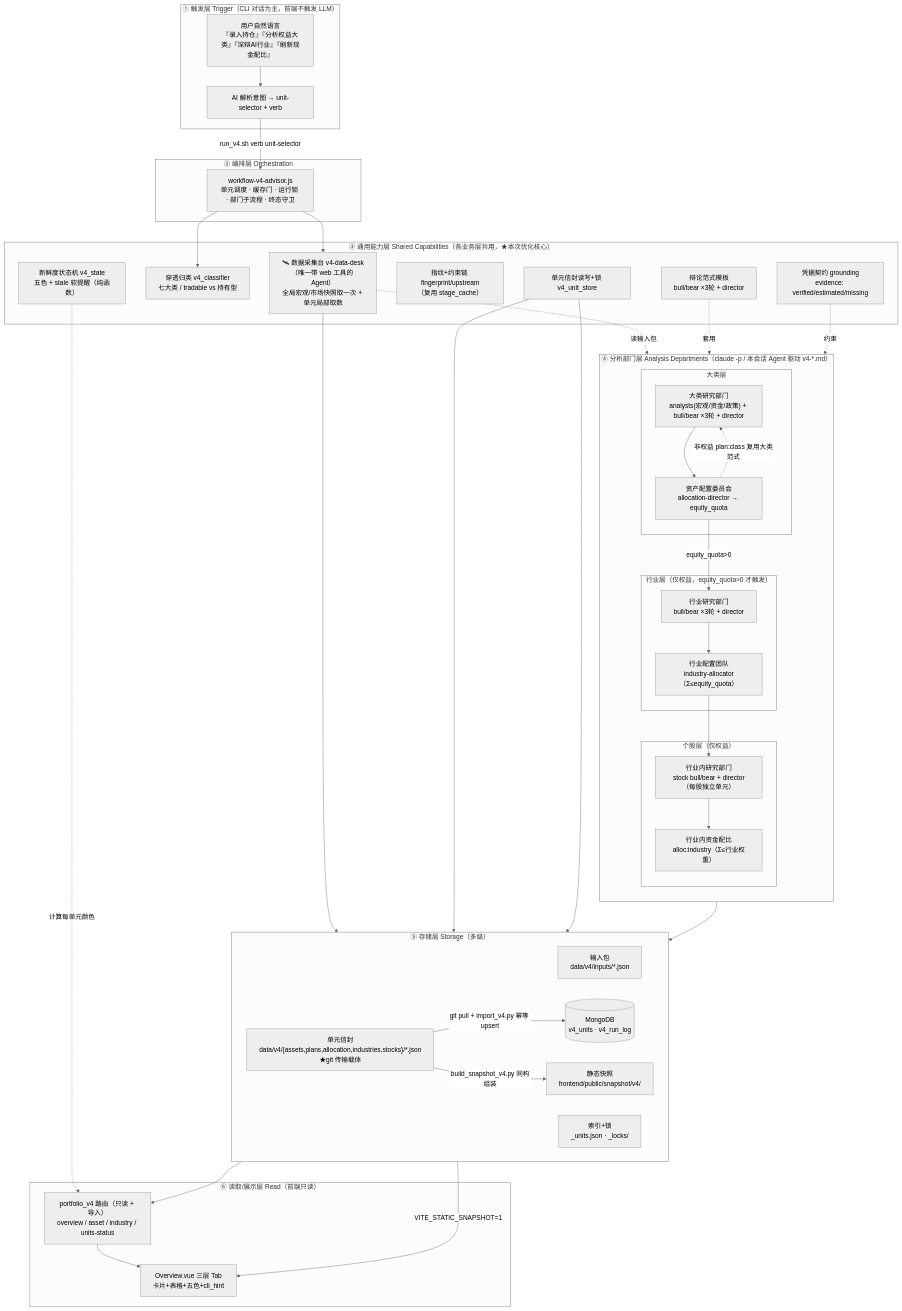
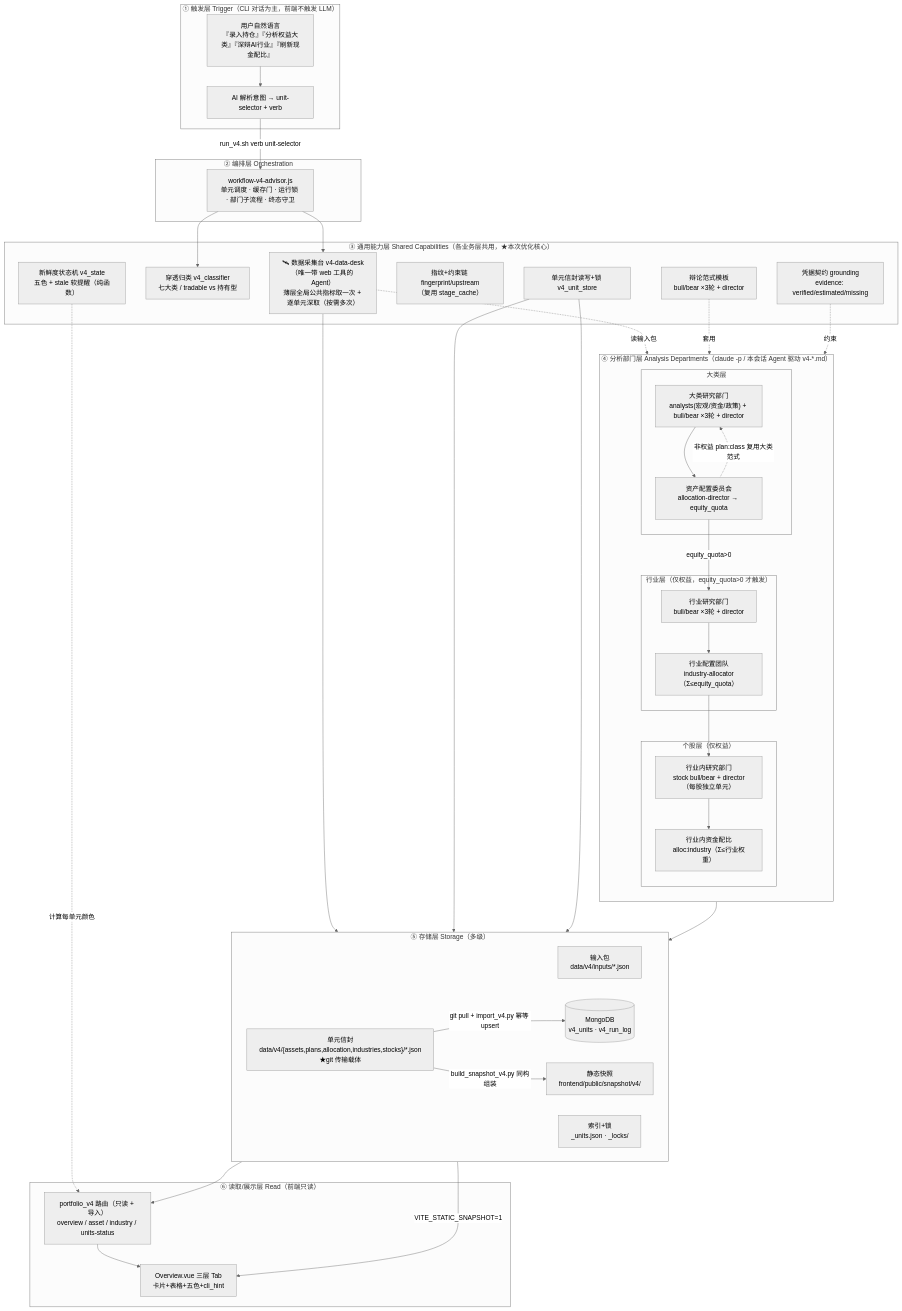
The first of 5 diagrams in docs/wiki/v4-architecture.md (harrisyang123-byte/TradingAgents-CN-pro), drawn with Mermaid (neutral theme) before and after one commit. The commit also changed other lines of this file, not shown here.

````diff
--- a/docs/wiki/v4-architecture.md
+++ b/docs/wiki/v4-architecture.md
@@ -19,80 +21,80 @@
 ```mermaid
 flowchart TB
     %% ───────── L1 触发层 ─────────
     subgraph L1["① 触发层 Trigger（CLI 对话为主，前端不触发 LLM）"]
         U["用户自然语言<br/>『录入持仓』『分析权益大类』『深辩AI行业』『刷新现金配比』"]
         AI["AI 解析意图 → unit-selector + verb"]
         U --> AI
     end
 
     %% ───────── L2 编排层 ─────────
     subgraph L2["② 编排层 Orchestration"]
         ORCH["workflow-v4-advisor.js<br/>单元调度 · 缓存门 · 运行锁 · 部门子流程 · 终态守卫"]
     end
     AI -->|run_v4.sh verb unit-selector| ORCH
 
     %% ───────── L3 通用能力层（被各部门共用）─────────
     subgraph L3["③ 通用能力层 Shared Capabilities（各业务层共用，★本次优化核心）"]
-        DESK["🛰 数据采集台 v4-data-desk<br/>（唯一带 web 工具的 Agent）<br/>全局宏观/市场快照取一次 + 单元局部取数"]
+        DESK["🛰 数据采集台 v4-data-desk<br/>（唯一带 web 工具的 Agent）<br/>薄层全局公共指标取一次 + 逐单元深取（按需多次）"]
         CLS["穿透归类 v4_classifier<br/>七大类 / tradable vs 持有型"]
         STATE["新鲜度状态机 v4_state<br/>五色 + stale 软提醒（纯函数）"]
         FP["指纹+约束链 fingerprint/upstream<br/>（复用 stage_cache）"]
         TMPL["辩论范式模板<br/>bull/bear ×3轮 + director"]
         GROUND["凭据契约 grounding<br/>evidence: verified/estimated/missing"]
         STORE["单元信封读写+锁 v4_unit_store"]
     end
     ORCH --> DESK
     ORCH --> CLS
 
     %% ───────── L4 业务深度层（3 纵深）─────────
     subgraph L4["④ 分析部门层 Analysis Departments（claude -p / 本会话 Agent 驱动 v4-*.md）"]
         direction TB
         subgraph LA["大类层"]
             DA["大类研究部门<br/>analysts(宏观/资金/政策) + bull/bear ×3轮 + director"]
             DAJ["资产配置委员会<br/>allocation-director → equity_quota"]
             DA --> DAJ
         end
         subgraph LB["行业层（仅权益，equity_quota>0 才触发）"]
             IB["行业研究部门<br/>bull/bear ×3轮 + director"]
             IBJ["行业配置团队<br/>industry-allocator（Σ≤equity_quota）"]
             IB --> IBJ
         end
         subgraph LC["个股层（仅权益）"]
             SB["行业内研究部门<br/>stock bull/bear + director（每股独立单元）"]
             SBJ["行业内资金配比<br/>alloc:industry（Σ≤行业权重）"]
             SB --> SBJ
         end
         DAJ -->|equity_quota>0| IB
         IBJ --> SB
         DAJ -.->|非权益 plan:class 复用大类范式| DA
     end
     DESK -.读输入包.-> L4
     TMPL -.套用.-> L4
     GROUND -.约束.-> L4
 
     %% ───────── L5 存储层（多级）─────────
     subgraph L5["⑤ 存储层 Storage（多级）"]
         direction LR
         INP["输入包<br/>data/v4/inputs/*.json"]
         ENV["单元信封<br/>data/v4/{assets,plans,allocation,industries,stocks}/*.json<br/>★git 传输载体"]
         IDX["索引+锁<br/>_units.json · _locks/"]
         MG[("MongoDB<br/>v4_units · v4_run_log")]
         SNAP["静态快照<br/>frontend/public/snapshot/v4/"]
     end
     DESK --> INP
     L4 --> ENV
     STORE --> ENV
     STORE --> IDX
     ENV -->|git pull + import_v4.py 幂等 upsert| MG
     ENV -->|build_snapshot_v4.py 同构组装| SNAP
 
     %% ───────── L6 读取/展示层 ─────────
     subgraph L6["⑥ 读取/展示层 Read（前端只读）"]
         API["portfolio_v4 路由（只读 + 导入）<br/>overview / asset / industry / units-status"]
         FE["Overview.vue 三层 Tab<br/>卡片+表格+五色+cli_hint"]
         API --> FE
         SNAP -->|VITE_STATIC_SNAPSHOT=1| FE
     end
     MG --> API
     STATE -.计算每单元颜色.-> API
 ```
````
